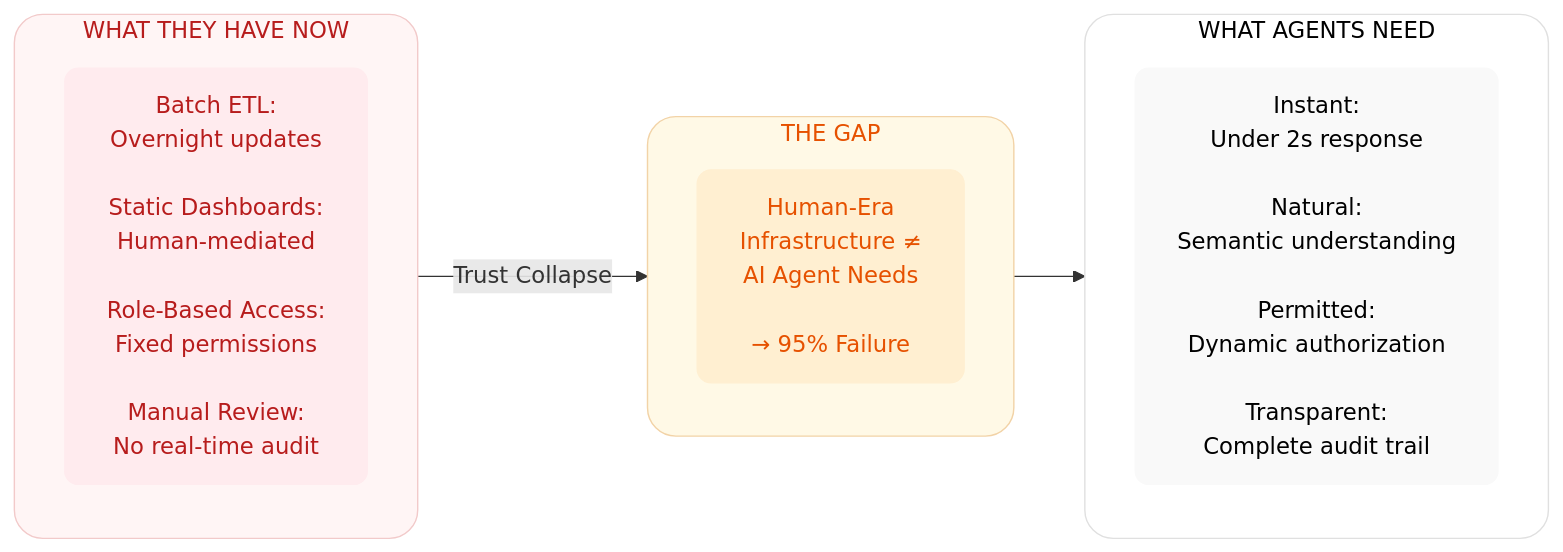
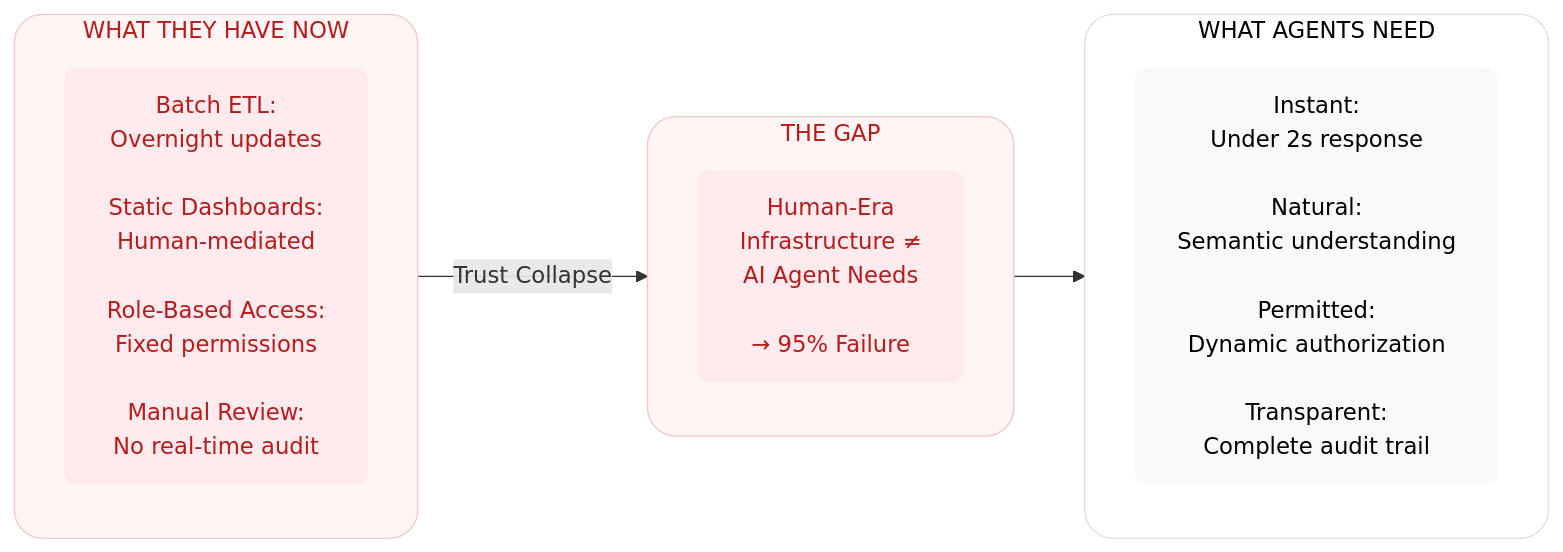
One commit to saitejesh-cyber/trust-before-intelligence-book changed the first of 6 diagrams in manuscript/02_chapter_1_why_agents_fail.md. Above: the diagram before and after it, drawn with Mermaid. The commit also changed other lines of this file and 4 other files, not shown here.

````diff
--- a/manuscript/02_chapter_1_why_agents_fail.md
+++ b/manuscript/02_chapter_1_why_agents_fail.md
@@ -56,28 +56,28 @@
 ```mermaid
 
 graph LR
     subgraph BUILT["WHAT THEY HAVE NOW"]
         direction TB
         B1["Batch ETL:<br/>Overnight updates<br/><br/>Static Dashboards:<br/>Human-mediated<br/><br/>Role-Based Access:<br/>Fixed permissions<br/><br/>Manual Review:<br/>No real-time audit"]
     end
     
     subgraph GAP["THE GAP"]
         direction TB
         G1["Human-Era<br/>Infrastructure ≠<br/>AI Agent Needs<br/><br/>→ 95% Failure"]
     end
     
     subgraph NEED["WHAT AGENTS NEED"]
         direction TB
         N1["Instant:<br/>Under 2s response<br/><br/>Natural:<br/>Semantic understanding<br/><br/>Permitted:<br/>Dynamic authorization<br/><br/>Transparent:<br/>Complete audit trail"]
     end
     
     BUILT -->|"Trust Collapse"| GAP --> NEED
     
     style BUILT fill:#fff5f5,stroke:#f2caca,stroke-width:1px,color:#b71c1c,rx:20,ry:20
     style B1 fill:#ffebee,stroke:none,color:#b71c1c,rx:10,ry:10
-    style GAP fill:#fff9e6,stroke:#f2d3a7,stroke-width:1px,color:#e65100,rx:20,ry:20
-    style G1 fill:#ffefd1,stroke:#ffefd1,stroke-width:1px,color:#e65100,rx:10,ry:10
+    style GAP fill:#fff5f5,stroke:#f2caca,stroke-width:1px,color:#b71c1c,rx:20,ry:20
+    style G1 fill:#ffebee,stroke:none,color:#b71c1c,rx:10,ry:10
     style NEED fill:#ffffff,stroke:#e0e0e0,stroke-width:1px,color:#000000,rx:20,ry:20
     style N1 fill:#f9f9f9,stroke:none,color:#000000,rx:10,ry:10
 
 ```
````
